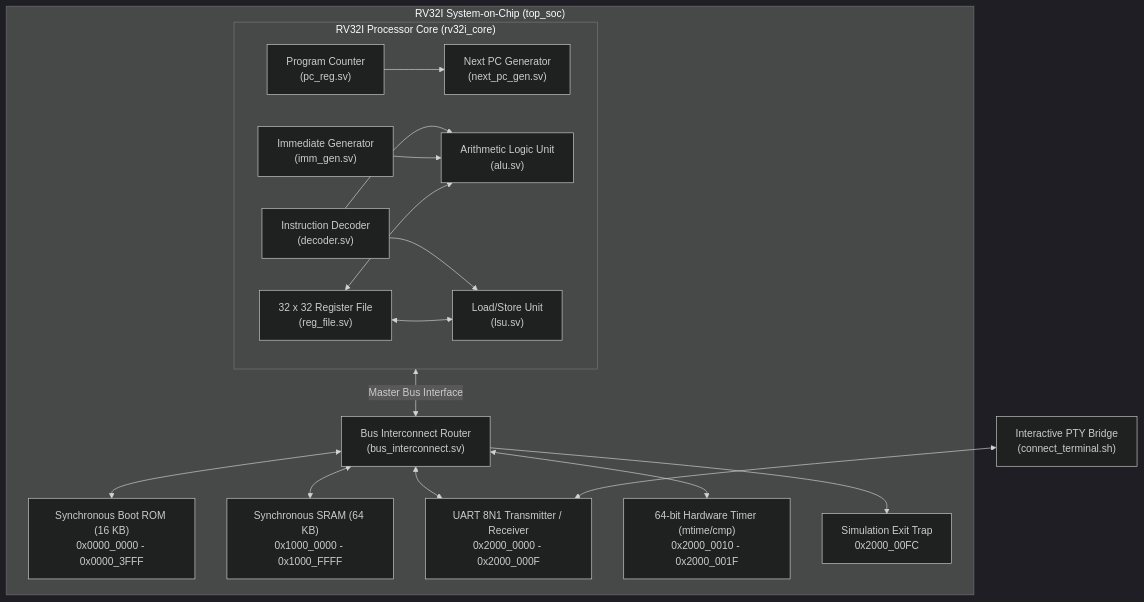
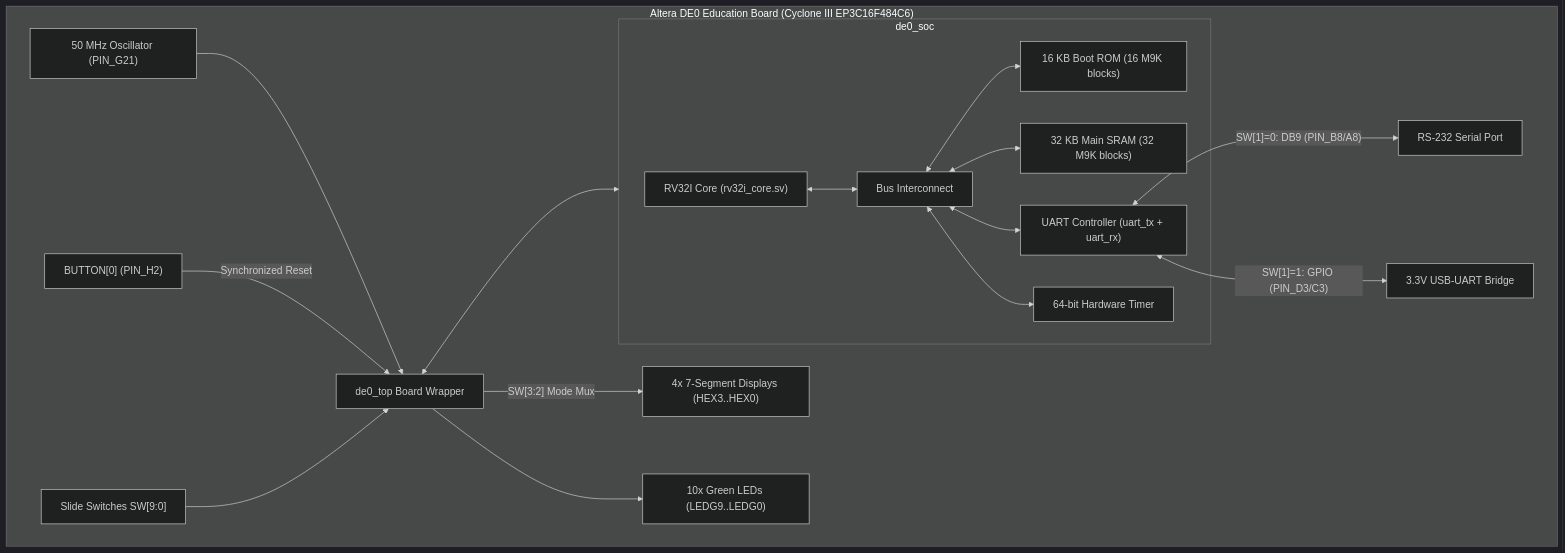
The diagram in README.md (mihdaja/rv32i-systemverilog-computer), drawn with Mermaid (dark theme) before and after one commit. The commit also changed other lines of this file and 9 other files, not shown here.

First line of the commit message:
feat(fpga): promote Altera DE0 FPGA port to project root

````diff
--- a/README.md
+++ b/README.md
@@ -9,30 +9,22 @@
 ```mermaid
 flowchart TB
-    subgraph SoC["RV32I System-on-Chip (top_soc)"]
-        subgraph Core["RV32I Processor Core (rv32i_core)"]
-            PC["Program Counter\n(pc_reg.sv)"] --> NEXT["Next PC Generator\n(next_pc_gen.sv)"]
-            DEC["Instruction Decoder\n(decoder.sv)"] --> ALU["Arithmetic Logic Unit\n(alu.sv)"]
-            DEC --> LSU["Load/Store Unit\n(lsu.sv)"]
-            IMM["Immediate Generator\n(imm_gen.sv)"] --> ALU
-            RF["32 x 32 Register File\n(reg_file.sv)"] <--> ALU
-            RF <--> LSU
+    subgraph DE0["Altera DE0 Education Board (Cyclone III EP3C16F484C6)"]
+        CLK50["50 MHz Oscillator (PIN_G21)"] --> Top["de0_top Board Wrapper"]
+        BTN["BUTTON[0] (PIN_H2)"] -->|Synchronized Reset| Top
+        SW["Slide Switches SW[9:0]"] --> Top
+
+        subgraph SoC["de0_soc"]
+            Core["RV32I Core (rv32i_core.sv)"] <--> BUS["Bus Interconnect"]
+            BUS <--> ROM["16 KB Boot ROM (16 M9K blocks)"]
+            BUS <--> RAM["32 KB Main SRAM (32 M9K blocks)"]
+            BUS <--> UART["UART Controller (uart_tx + uart_rx)"]
+            BUS <--> TIMER["64-bit Hardware Timer"]
         end
 
-        BUS["Bus Interconnect Router\n(bus_interconnect.sv)"]
-        Core <-->|Master Bus Interface| BUS
-
-        ROM["Synchronous Boot ROM (16 KB)\n0x0000_0000 - 0x0000_3FFF"]
-        RAM["Synchronous SRAM (64 KB)\n0x1000_0000 - 0x1000_FFFF"]
-        UART["UART 8N1 Transmitter / Receiver\n0x2000_0000 - 0x2000_000F"]
-        TIMER["64-bit Hardware Timer (mtime/cmp)\n0x2000_0010 - 0x2000_001F"]
-        TRAP["Simulation Exit Trap\n0x2000_00FC"]
-
-        BUS <--> ROM
-        BUS <--> RAM
-        BUS <--> UART
-        BUS <--> TIMER
-        BUS --> TRAP
+        Top <--> SoC
+        UART <-->|"SW[1]=0: DB9 (PIN_B8/A8)"| RS232["RS-232 Serial Port"]
+        UART <-->|"SW[1]=1: GPIO (PIN_D3/C3)"| USB["3.3V USB-UART Bridge"]
+        Top -->|"SW[3:2] Mode Mux"| HEX["4x 7-Segment Displays (HEX3..HEX0)"]
+        Top --> LED["10x Green LEDs (LEDG9..LEDG0)"]
     end
-
-    TERM["Interactive PTY Bridge\n(connect_terminal.sh)"] <--> UART
 ```
````
